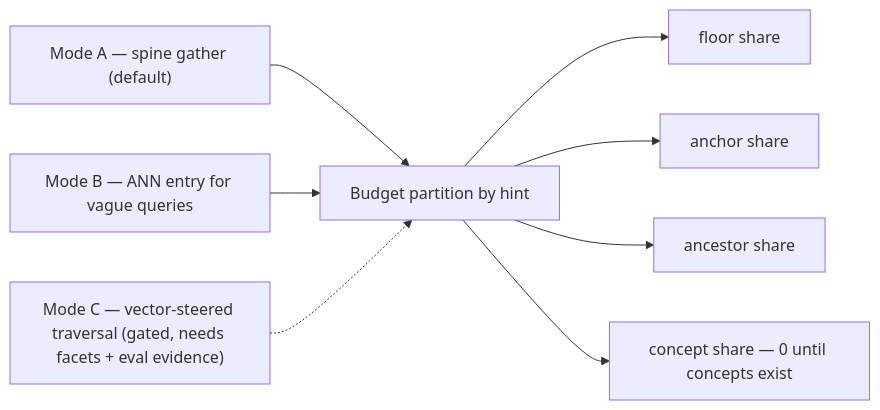
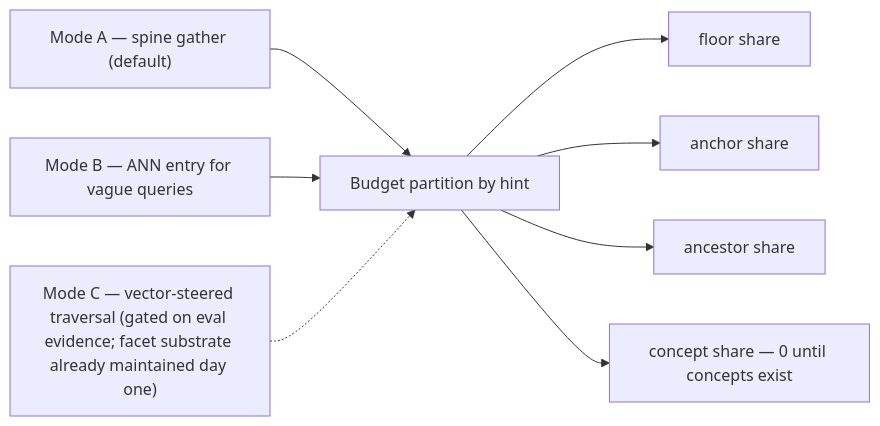
One commit to kmitch92/bayesian-knowledge-graph changed diagram 14 of 21 in kg-mcp-diagrams.md. Above: the diagram before and after it, drawn with Mermaid. The commit also changed other lines of this file and 2 other files, not shown here.

````diff
--- a/kg-mcp-diagrams.md
+++ b/kg-mcp-diagrams.md
@@ -395,10 +395,10 @@
 ```mermaid
 flowchart LR
   A["Mode A — spine gather (default)"] --> BUD["Budget partition by hint"]
   B["Mode B — ANN entry for vague queries"] --> BUD
-  C["Mode C — vector-steered traversal (gated, needs facets + eval evidence)"] -.-> BUD
+  C["Mode C — vector-steered traversal (gated on eval evidence; facet substrate already maintained day one)"] -.-> BUD
   BUD --> F["floor share"]
   BUD --> AS["anchor share"]
   BUD --> AC["ancestor share"]
   BUD --> CS["concept share — 0 until concepts exist"]
 ```
````
